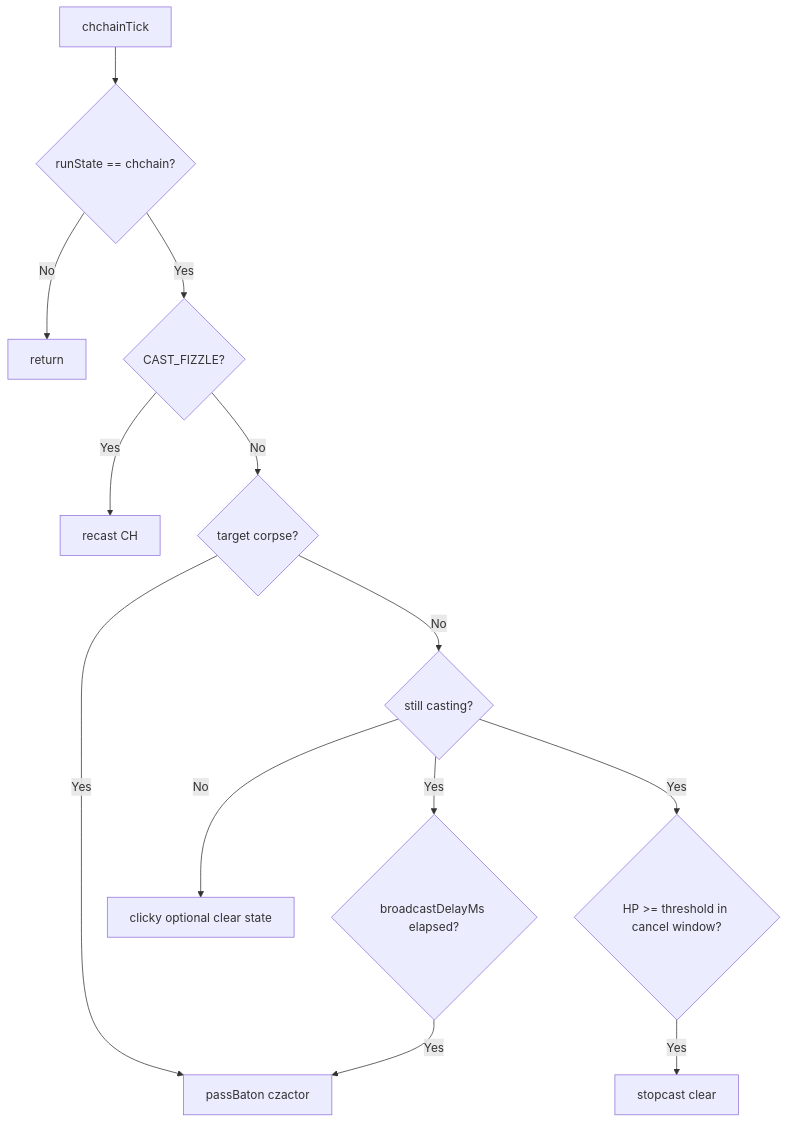
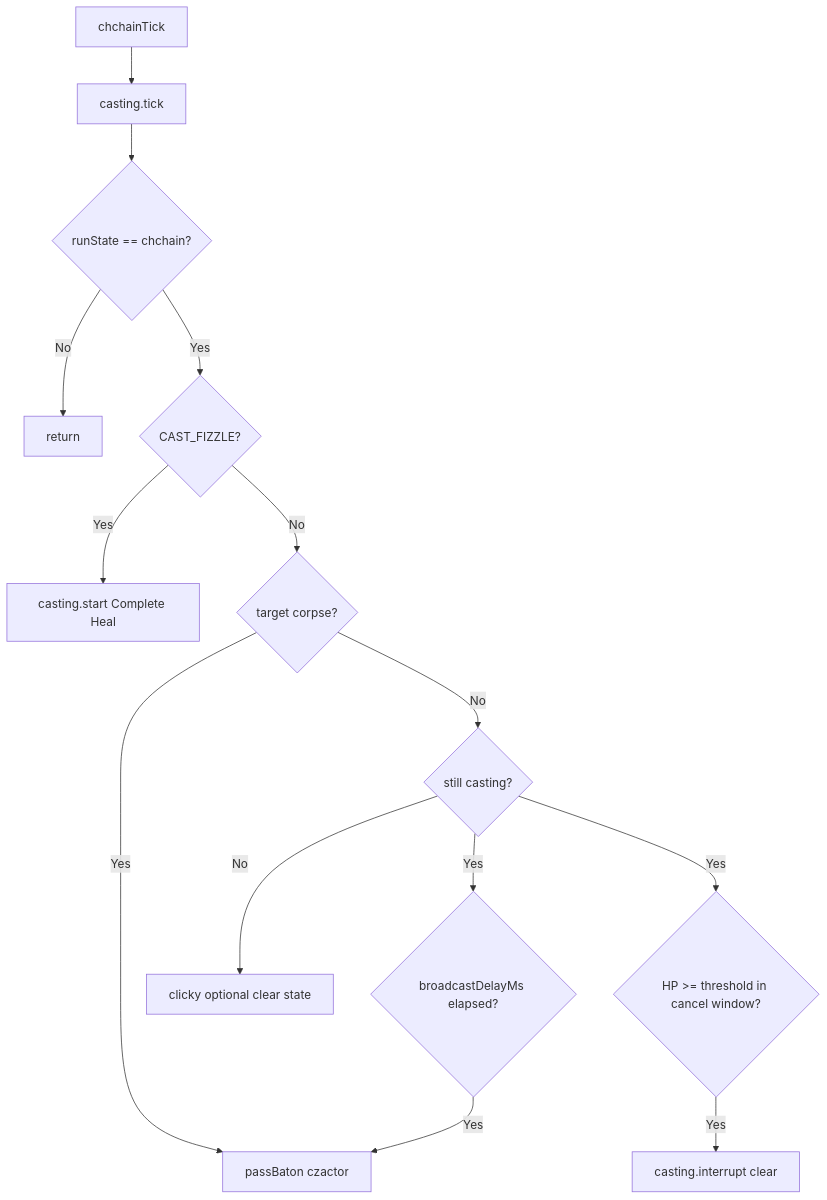
Before and after one commit to Cezero/czbot: the diagram in docs/botlogic/hook-chchain.md, drawn with Mermaid. The commit also changed other lines of this file and 2 other files, not shown here.

Commit message:
fix ch chain to not use mq2cast

````diff
--- a/docs/botlogic/hook-chchain.md
+++ b/docs/botlogic/hook-chchain.md
@@ -10,15 +10,16 @@
 ```mermaid
 flowchart TB
-    Start[chchainTick] --> State{runState == chchain?}
+    Start[chchainTick] --> TickCast[casting.tick]
+    TickCast --> State{runState == chchain?}
     State -->|No| End[return]
     State -->|Yes| Fizzle{CAST_FIZZLE?}
-    Fizzle -->|Yes| Recast[recast CH]
+    Fizzle -->|Yes| Recast["casting.start Complete Heal"]
     Fizzle -->|No| Corpse{target corpse?}
     Corpse -->|Yes| Baton[passBaton czactor]
     Corpse -->|No| Casting{still casting?}
     Casting -->|Yes| Delay{broadcastDelayMs elapsed?}
     Delay -->|Yes| Baton
     Casting -->|No| Done[clicky optional clear state]
     Casting -->|Yes| CancelWindow{HP >= threshold in cancel window?}
-    CancelWindow -->|Yes| StopCast[stopcast clear]
+    CancelWindow -->|Yes| StopCast[casting.interrupt clear]
 ```
````
